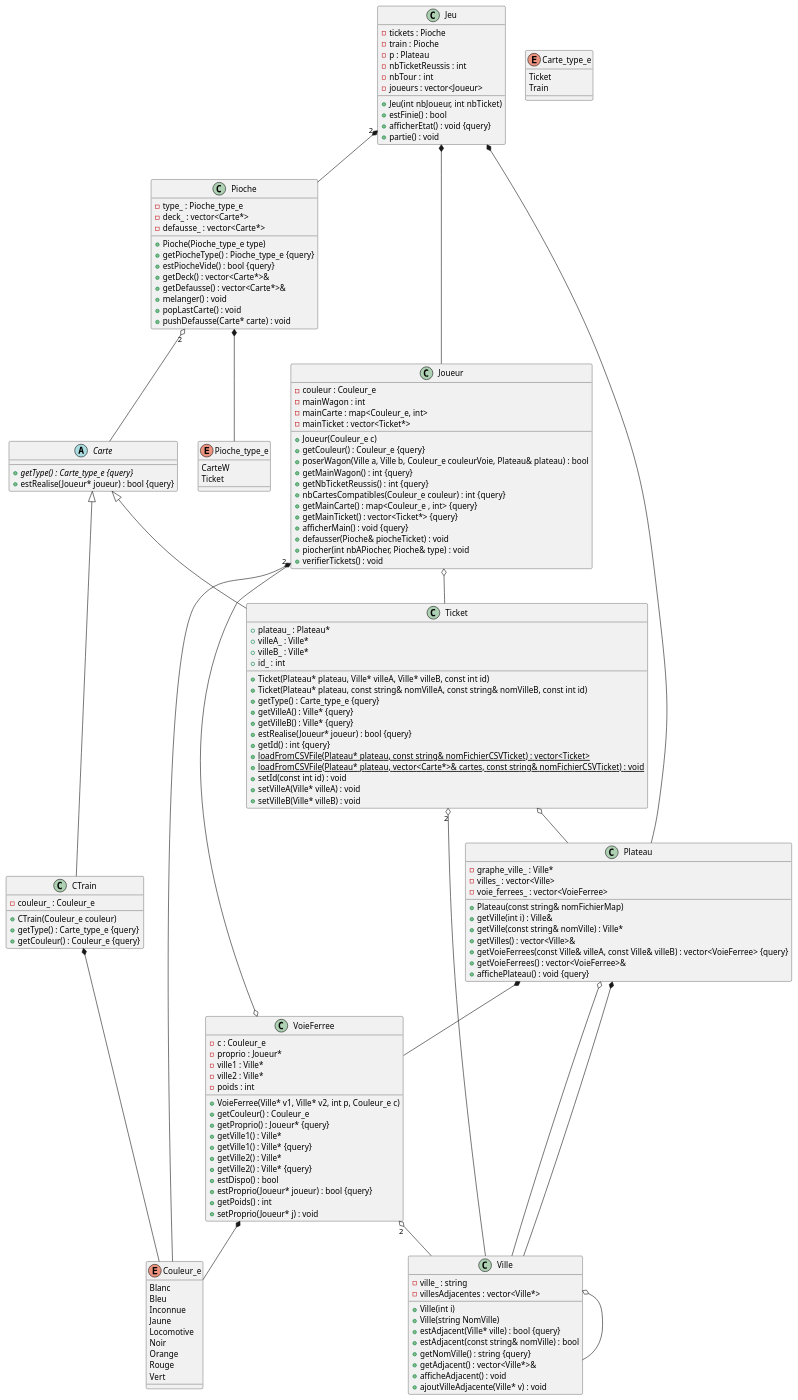
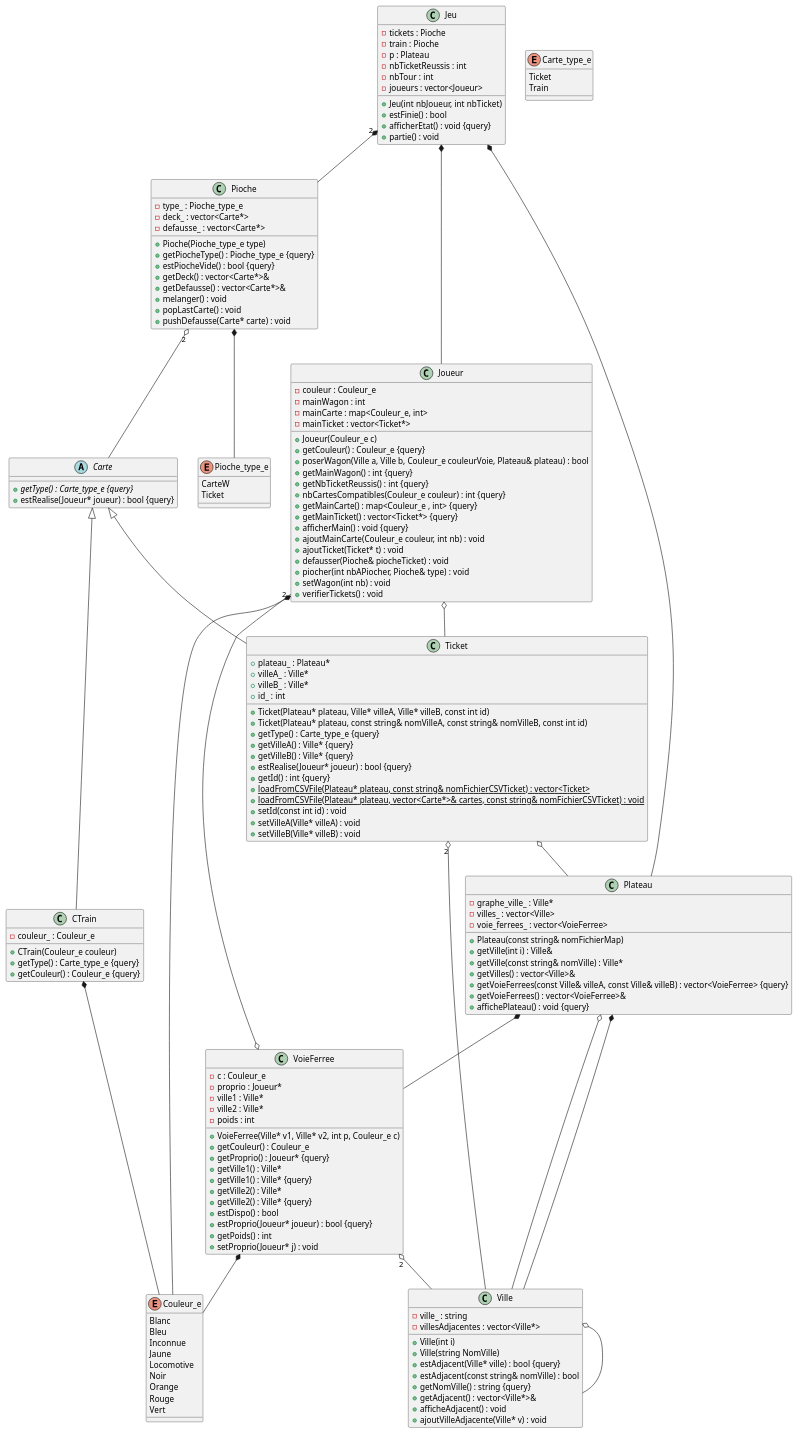
Before and after one commit to ECN-SEC-SMP/smp-tp11-note-secgpas: the diagram in specs/diagramme_classes.puml, drawn with PlantUML.

Commit message:
Add new Joueur methods to class diagram

```diff
--- a/specs/diagramme_classes.puml
+++ b/specs/diagramme_classes.puml
@@ -48,8 +48,11 @@
 	+getMainTicket() : vector<Ticket*> {query}
 	-mainTicket : vector<Ticket*>
 	+afficherMain() : void {query}
+	+ajoutMainCarte(Couleur_e couleur, int nb) : void
+	+ajoutTicket(Ticket* t) : void
 	+defausser(Pioche& piocheTicket) : void
 	+piocher(int nbAPiocher, Pioche& type) : void
+	+setWagon(int nb) : void
 	+verifierTickets() : void
 }
 
```
